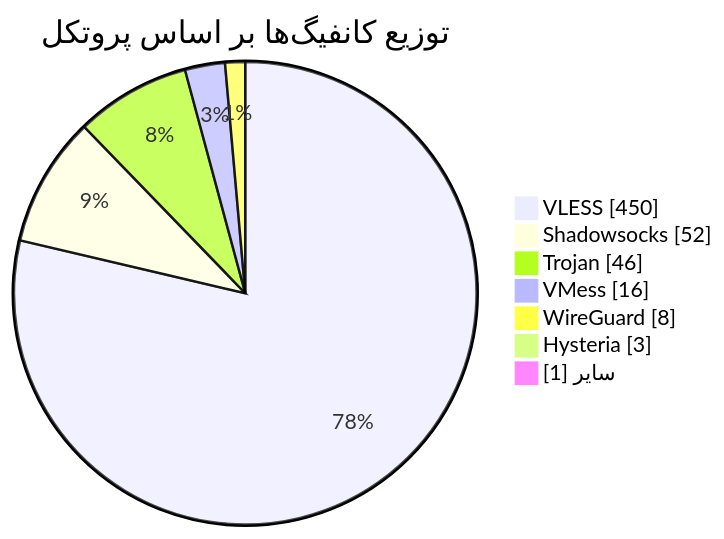
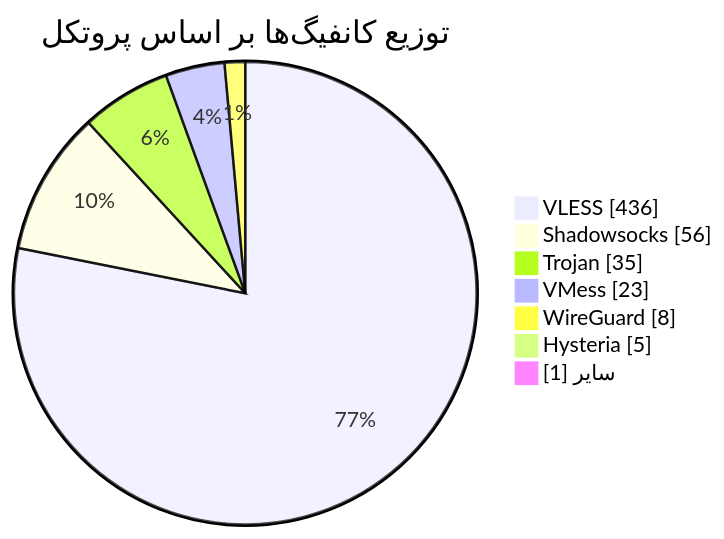
One commit to Arian-Alijani/Somthing changed the diagram in README.md. Above: the diagram before and after it, drawn with Mermaid. The commit also changed other lines of this file and 73 other files, not shown here.

````diff
--- a/README.md
+++ b/README.md
@@ -49,11 +49,11 @@
 ```mermaid
 pie showData
     title توزیع کانفیگ‌ها بر اساس پروتکل
-    "VLESS" : 450
-    "Shadowsocks" : 52
-    "Trojan" : 46
-    "VMess" : 16
+    "VLESS" : 436
+    "Shadowsocks" : 56
+    "Trojan" : 35
+    "VMess" : 23
     "WireGuard" : 8
-    "Hysteria" : 3
+    "Hysteria" : 5
     "سایر" : 1
 ```
````
